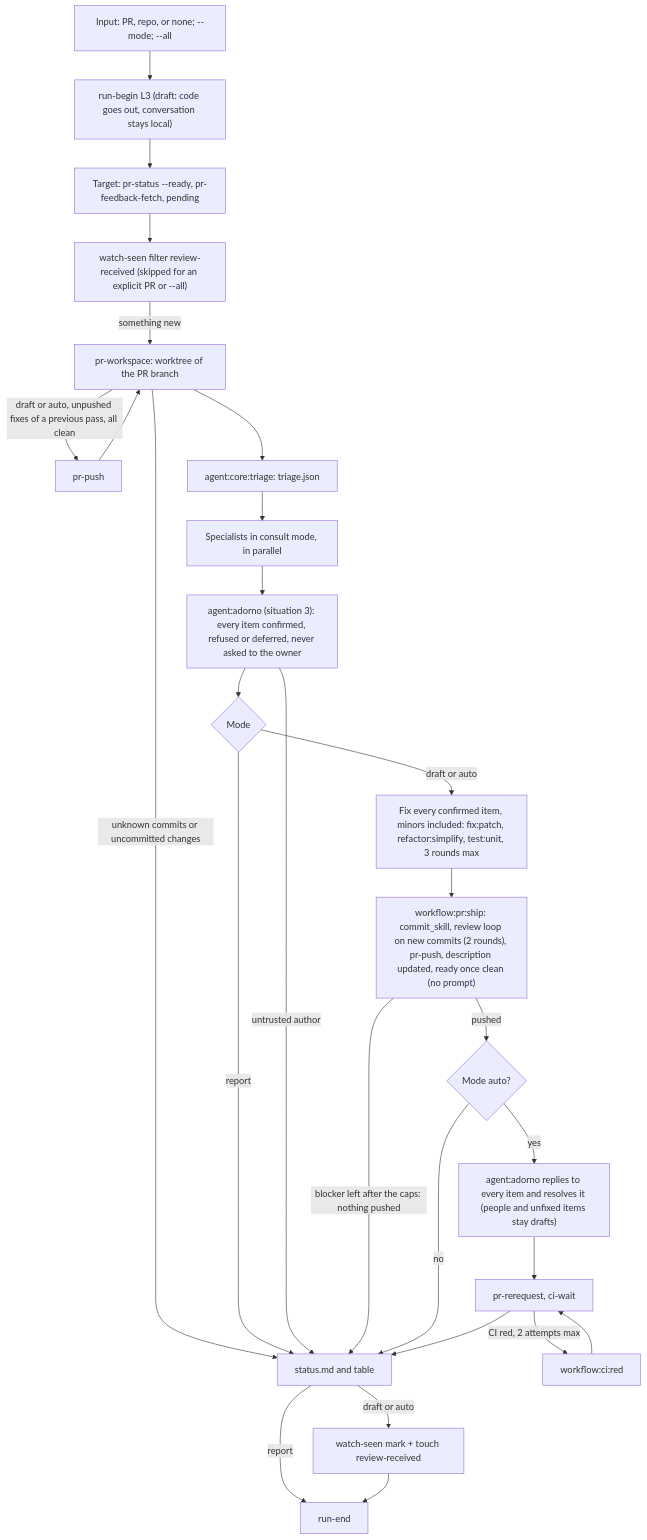
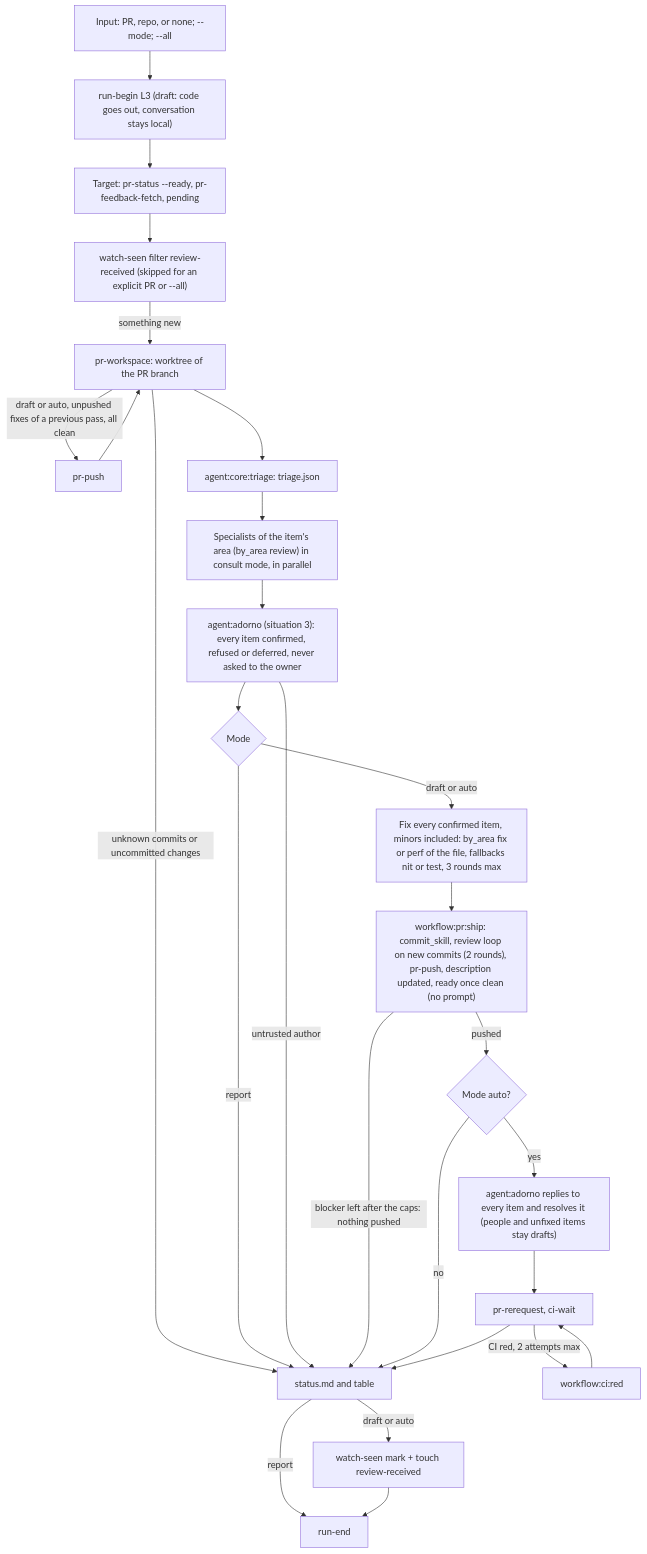
Before and after one commit to nicolasmondain/adorno: the first of 2 diagrams in src/workflows/review/SCHEMA.md, drawn with Mermaid. The commit also changed 220 other files, not shown here.

First line of the commit message:
feat(areas): map code areas to build, fix, perf, review and qa agents (#12)

````diff
--- a/src/workflows/review/SCHEMA.md
+++ b/src/workflows/review/SCHEMA.md
@@ -5,29 +5,29 @@
 ```mermaid
 flowchart TD
   A["Input: PR, repo, or none; --mode; --all"] --> B["run-begin L3 (draft: code goes out, conversation stays local)"]
   B --> C["Target: pr-status --ready, pr-feedback-fetch, pending"]
   C --> S["watch-seen filter review-received (skipped for an explicit PR or --all)"]
   S -->|"something new"| D["pr-workspace: worktree of the PR branch"]
   D -->|"draft or auto, unpushed fixes of a previous pass, all clean"| DP["pr-push"]
   DP --> D
   D -->|"unknown commits or uncommitted changes"| N
   D --> E["agent:core:triage: triage.json"]
-  E --> F["Specialists in consult mode, in parallel"]
+  E --> F["Specialists of the item's area (by_area review) in consult mode, in parallel"]
   F --> G["agent:adorno (situation 3): every item confirmed, refused or deferred, never asked to the owner"]
   G --> H{"Mode"}
   H -->|"report"| N["status.md and table"]
   G -->|"untrusted author"| N
-  H -->|"draft or auto"| I["Fix every confirmed item, minors included: fix:patch, refactor:simplify, test:unit, 3 rounds max"]
+  H -->|"draft or auto"| I["Fix every confirmed item, minors included: by_area fix or perf of the file, fallbacks nit or test, 3 rounds max"]
   I --> SH["workflow:pr:ship: commit_skill, review loop on new commits (2 rounds), pr-push, description updated, ready once clean (no prompt)"]
   SH -->|"blocker left after the caps: nothing pushed"| N
   SH -->|"pushed"| K{"Mode auto?"}
   K -->|"no"| N
   K -->|"yes"| L["agent:adorno replies to every item and resolves it (people and unfixed items stay drafts)"]
   L --> M["pr-rerequest, ci-wait"]
   M -->|"CI red, 2 attempts max"| R["workflow:ci:red"]
   R --> M
   M --> N
   N -->|"draft or auto"| P["watch-seen mark + touch review-received"]
   N -->|"report"| O
   P --> O["run-end"]
 ```
````
